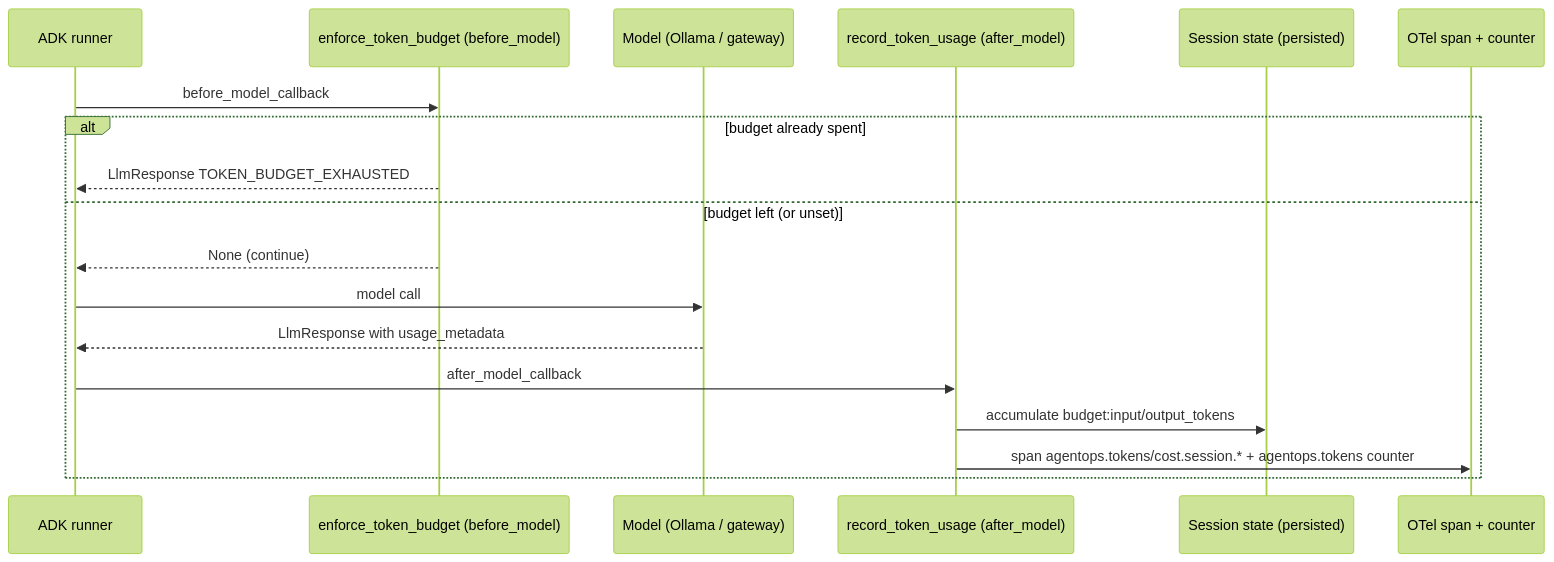
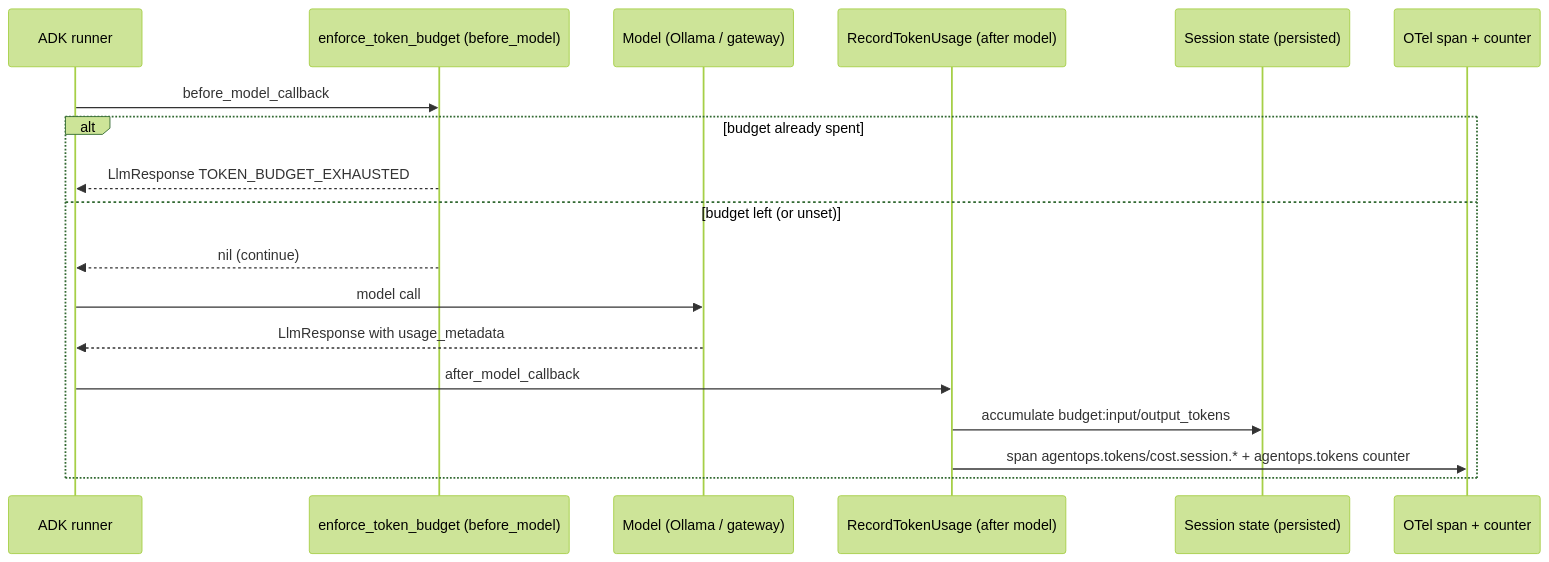
Before and after one commit to LuiGGi629/agentops-open-course: the second of 2 diagrams in content/7. Observability/7.3. Costs.md, drawn with Mermaid (forest theme). The commit also changed other lines of this file and 87 other files, not shown here.

````diff
--- a/content/7. Observability/7.3. Costs.md
+++ b/content/7. Observability/7.3. Costs.md
@@ -133,20 +135,20 @@
 ```mermaid
 sequenceDiagram
   participant ADK as ADK runner
   participant B as enforce_token_budget (before_model)
   participant M as Model (Ollama / gateway)
-  participant R as record_token_usage (after_model)
+  participant R as RecordTokenUsage (after model)
   participant S as Session state (persisted)
   participant O as OTel span + counter
   ADK->>B: before_model_callback
   alt budget already spent
     B-->>ADK: LlmResponse TOKEN_BUDGET_EXHAUSTED
   else budget left (or unset)
-    B-->>ADK: None (continue)
+    B-->>ADK: nil (continue)
     ADK->>M: model call
     M-->>ADK: LlmResponse with usage_metadata
     ADK->>R: after_model_callback
     R->>S: accumulate budget:input/output_tokens
     R->>O: span agentops.tokens/cost.session.* + agentops.tokens counter
   end
 ```
````
